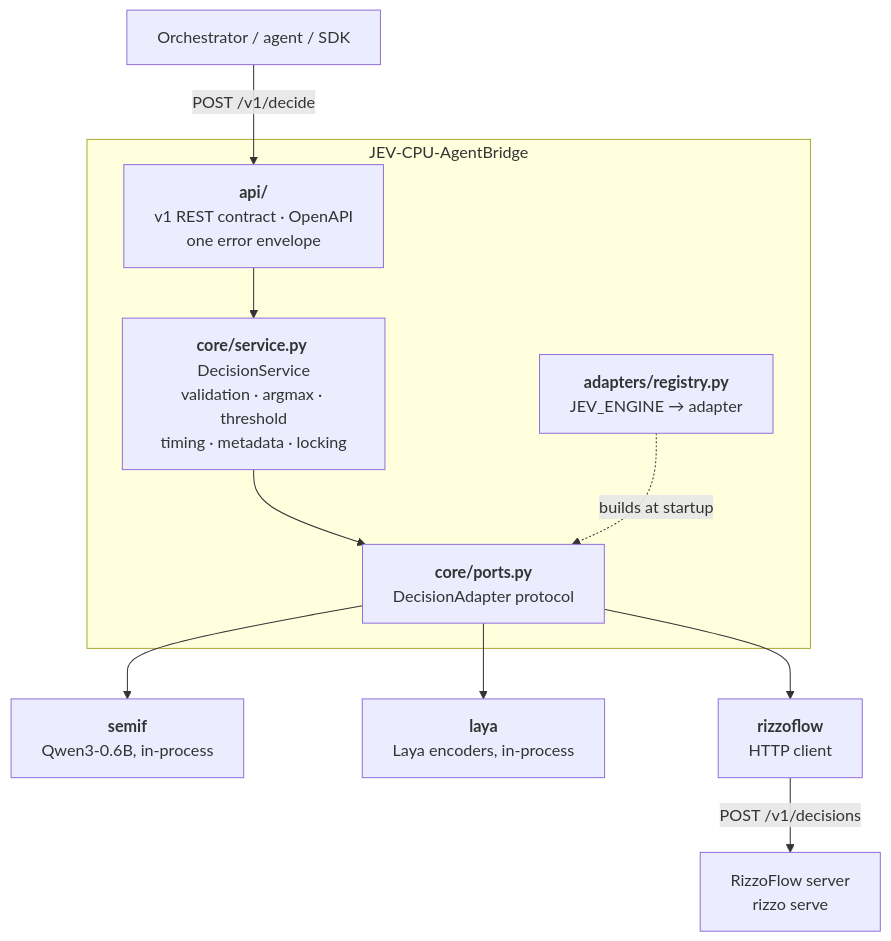
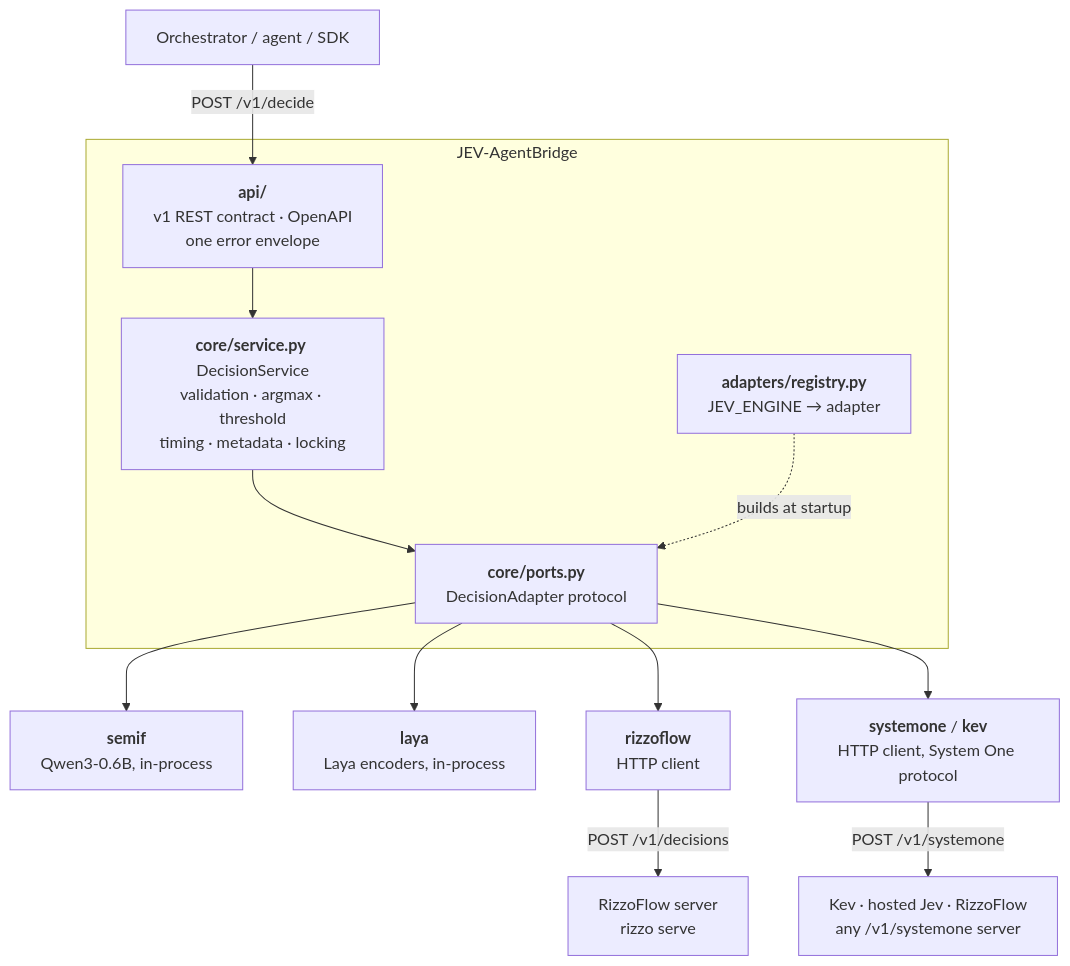
Before and after one commit to GiskardB/jev-agentbridge: the first of 3 diagrams in docs/architecture.md, drawn with Mermaid. The commit also changed other lines of this file and 65 other files, not shown here.

First line of the commit message:
0.5.0: rename to jev-agentbridge, add System One adapter (kev), engine guide

````diff
--- a/docs/architecture.md
+++ b/docs/architecture.md
@@ -7,23 +8,27 @@
 ```mermaid
 flowchart TB
     Client["Orchestrator / agent / SDK"]
-    subgraph Bridge["JEV-CPU-AgentBridge"]
+    subgraph Bridge["JEV-AgentBridge"]
         API["<b>api/</b><br/>v1 REST contract · OpenAPI<br/>one error envelope"]
         Service["<b>core/service.py</b> DecisionService<br/>validation · argmax · threshold<br/>timing · metadata · locking"]
         Port["<b>core/ports.py</b><br/>DecisionAdapter protocol"]
         Registry["<b>adapters/registry.py</b><br/>JEV_ENGINE → adapter"]
     end
     SemIf["<b>semif</b><br/>Qwen3-0.6B, in-process"]
     Laya["<b>laya</b><br/>Laya encoders, in-process"]
     Rizzo["<b>rizzoflow</b><br/>HTTP client"]
     RizzoServer["RizzoFlow server<br/>rizzo serve"]
+    SysOne["<b>systemone</b> / <b>kev</b><br/>HTTP client, System One protocol"]
+    SysOneServer["Kev · hosted Jev · RizzoFlow<br/>any /v1/systemone server"]
 
     Client -- "POST /v1/decide" --> API
     API --> Service
     Service --> Port
     Registry -. "builds at startup" .-> Port
     Port --> SemIf
     Port --> Laya
     Port --> Rizzo
+    Port --> SysOne
     Rizzo -- "POST /v1/decisions" --> RizzoServer
+    SysOne -- "POST /v1/systemone" --> SysOneServer
 ```
````
